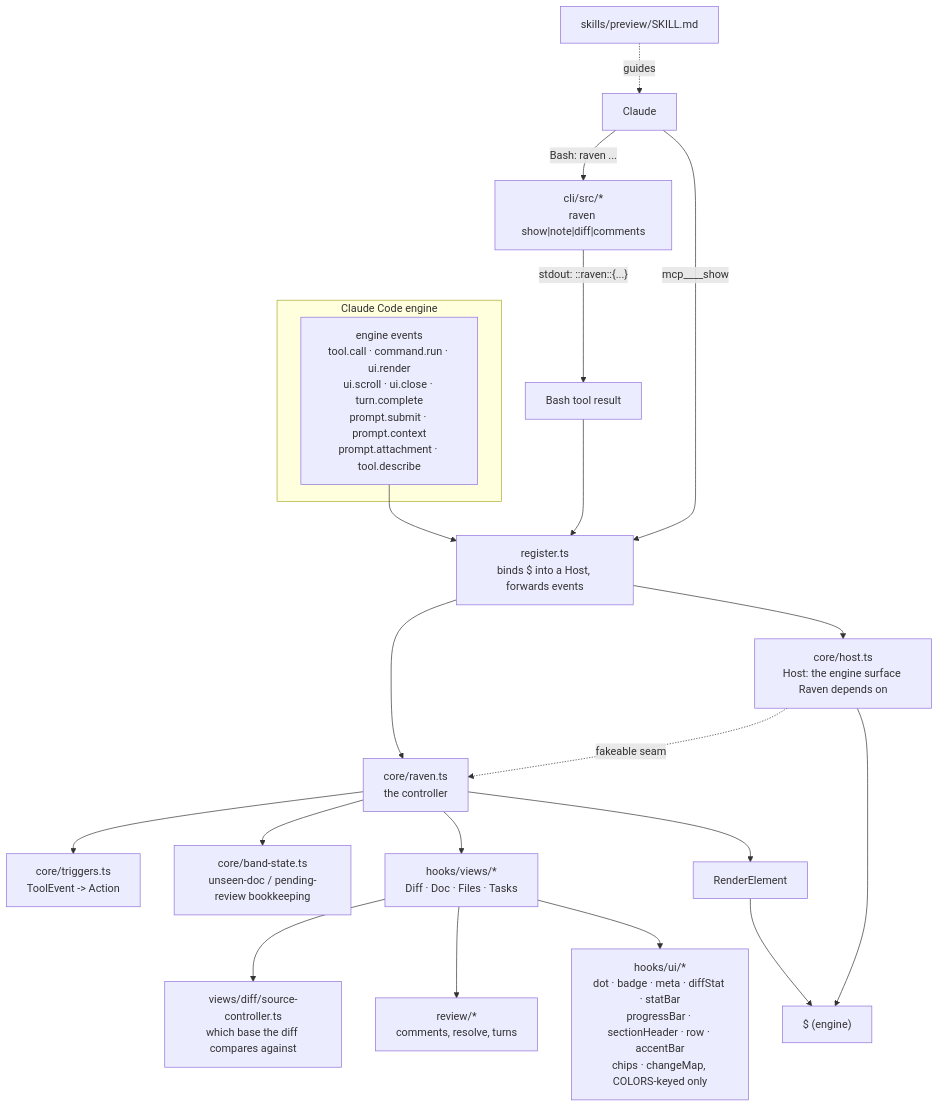
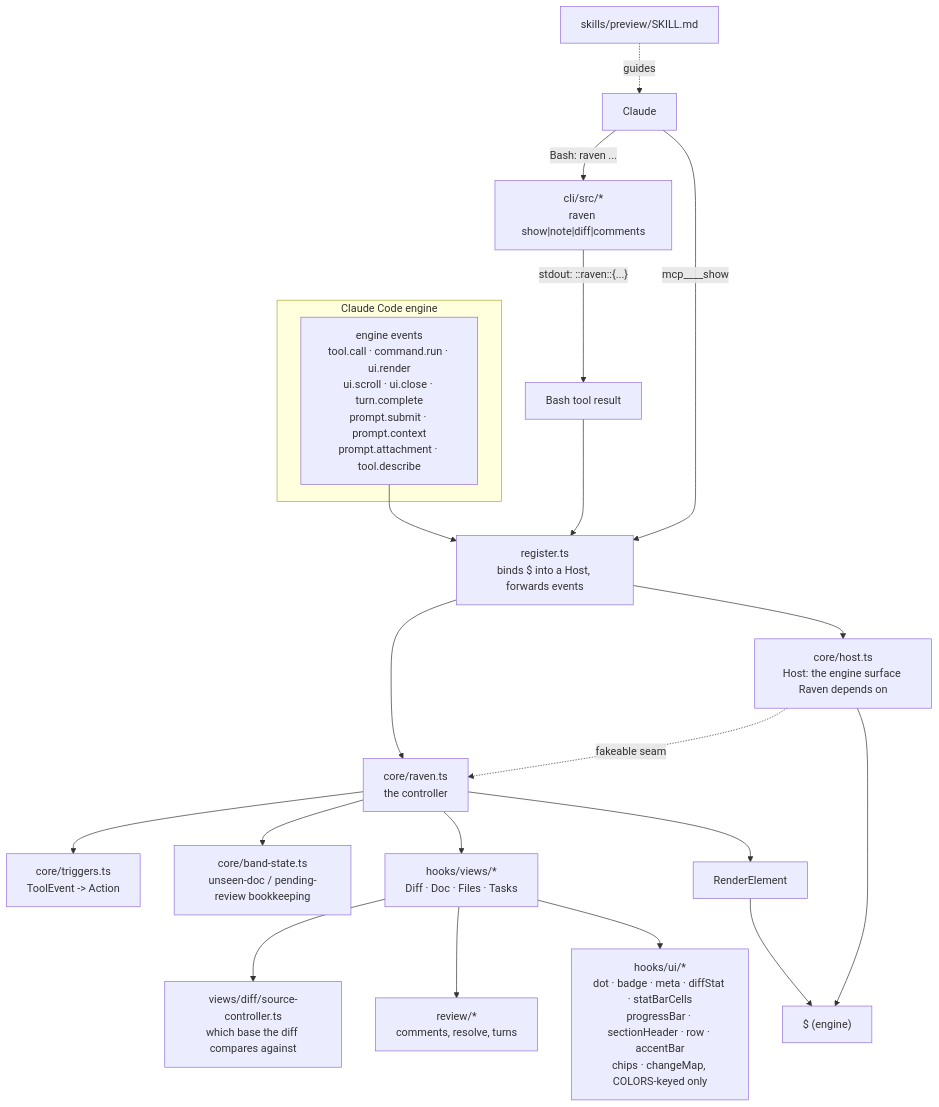
The first of 2 diagrams in spec/architecture.md (arunkumar9t2/raven), drawn with Mermaid before and after one commit. The commit also changed 9 other files, not shown here.

First line of the commit message:
refactor(hooks): drop the unused statBar, name split-mode's pane width, trim unneeded exports

````diff
--- a/spec/architecture.md
+++ b/spec/architecture.md
@@ -35,29 +35,29 @@
 ```mermaid
 flowchart TB
     subgraph engine["Claude Code engine"]
         events["engine events\ntool.call · command.run · ui.render\nui.scroll · ui.close · turn.complete\nprompt.submit · prompt.context\nprompt.attachment · tool.describe"]
     end
 
     events --> register["register.ts\nbinds $ into a Host, forwards events"]
     register --> host["core/host.ts\nHost: the engine surface Raven depends on"]
     register --> raven["core/raven.ts\nthe controller"]
 
     host -. fakeable seam .-> raven
 
     raven --> triggers["core/triggers.ts\nToolEvent -> Action"]
     raven --> bandstate["core/band-state.ts\nunseen-doc / pending-review bookkeeping"]
     raven --> views["hooks/views/*\nDiff · Doc · Files · Tasks"]
     views --> sourcectl["views/diff/source-controller.ts\nwhich base the diff compares against"]
     views --> review["review/*\ncomments, resolve, turns"]
-    views --> uikit["hooks/ui/*\ndot · badge · meta · diffStat · statBar\nprogressBar · sectionHeader · row · accentBar\nchips · changeMap, COLORS-keyed only"]
+    views --> uikit["hooks/ui/*\ndot · badge · meta · diffStat · statBarCells\nprogressBar · sectionHeader · row · accentBar\nchips · changeMap, COLORS-keyed only"]
 
     raven --> renderout["RenderElement"]
     renderout --> Q["$ (engine)"]
     host --> Q
 
     cli["cli/src/*\nraven show|note|diff|comments"] -->|"stdout: ::raven::{...}"| bashresult["Bash tool result"]
     bashresult --> register
     skill["skills/preview/SKILL.md"] -. guides .-> model["Claude"]
     model -->|"mcp__<plugin>__show"| register
     model -->|"Bash: raven ..."| cli
 ```
````
